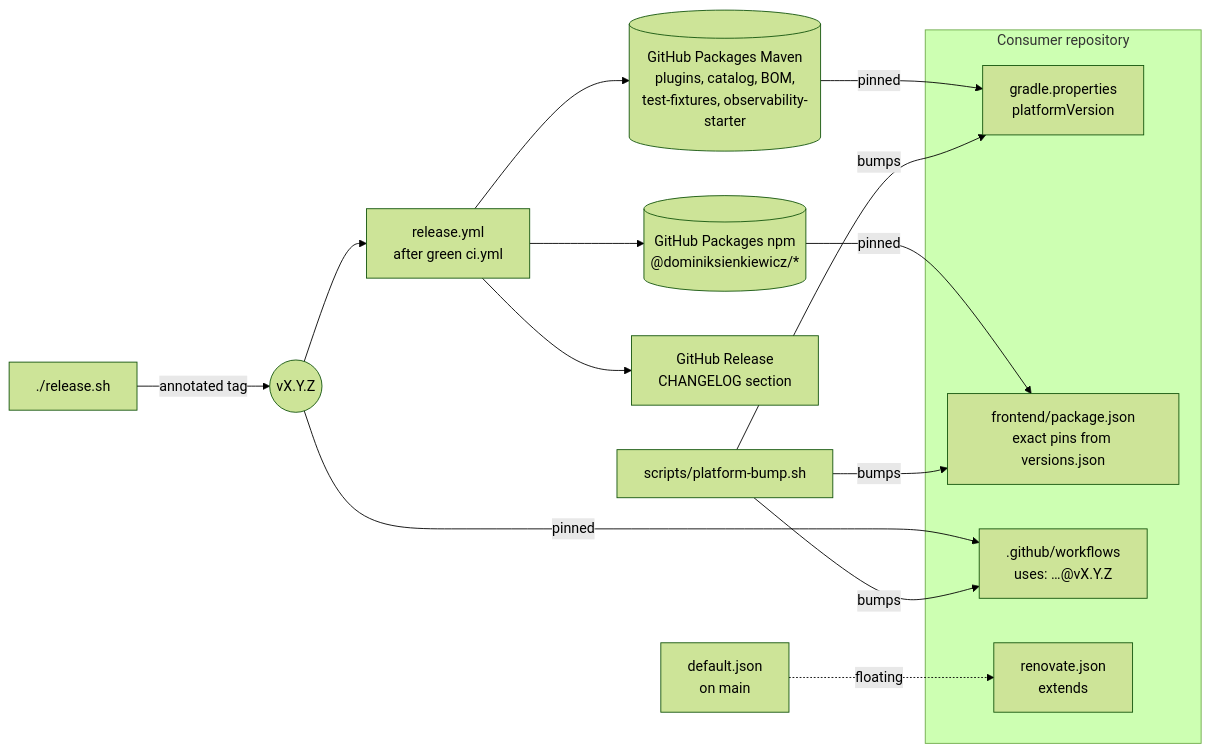
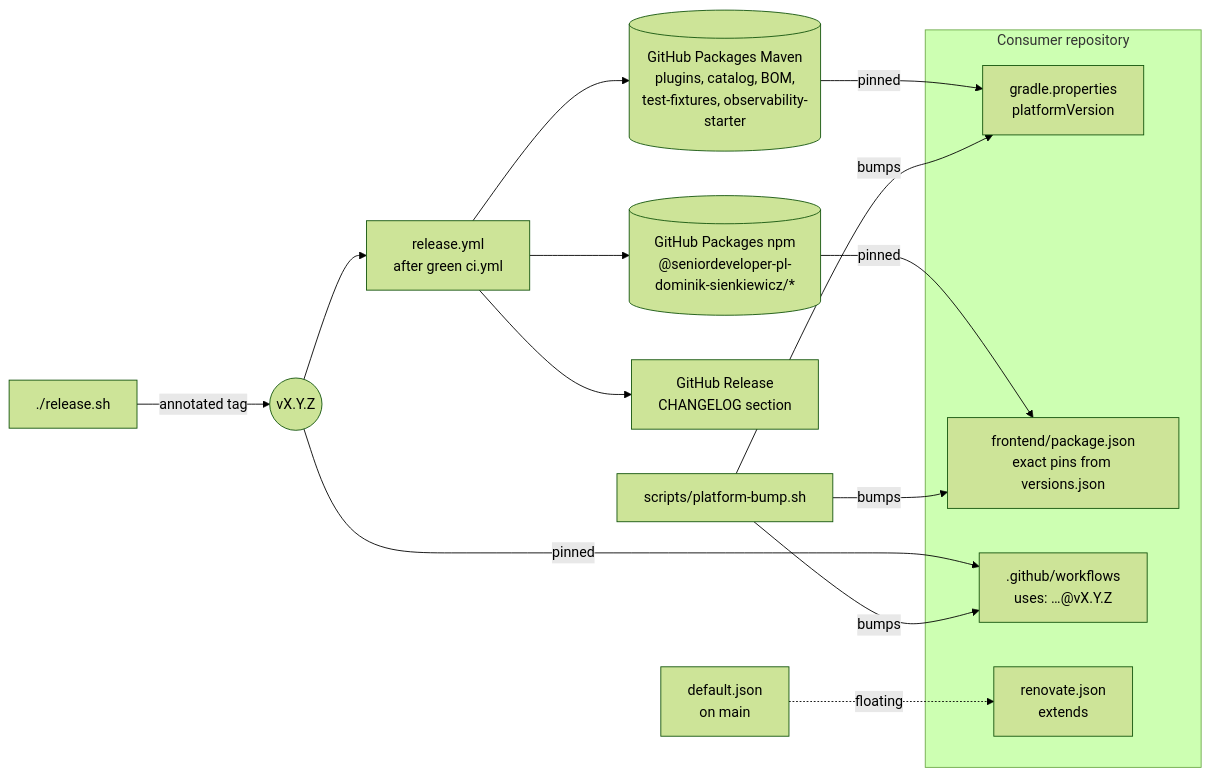
The second of 5 diagrams in README.md (DominikSienkiewicz/Platform), drawn with Mermaid (forest theme) before and after one commit. The commit also changed other lines of this file and 23 other files, not shown here.

````diff
--- a/README.md
+++ b/README.md
@@ -165,25 +170,25 @@
 ```mermaid
 flowchart LR
   release["./release.sh"] -->|annotated tag| tag(("vX.Y.Z"))
   tag --> workflow["release.yml<br/>after green ci.yml"]
   workflow --> maven[("GitHub Packages Maven<br/>plugins, catalog, BOM,<br/>test-fixtures, observability-starter")]
-  workflow --> npm[("GitHub Packages npm<br/>@dominiksienkiewicz/*")]
+  workflow --> npm[("GitHub Packages npm<br/>@seniordeveloper-pl-dominik-sienkiewicz/*")]
   workflow --> notes["GitHub Release<br/>CHANGELOG section"]
 
   preset["default.json<br/>on main"]
 
   subgraph consumer["Consumer repository"]
     gradlePins["gradle.properties<br/>platformVersion"]
     npmPins["frontend/package.json<br/>exact pins from versions.json"]
     callers[".github/workflows<br/>uses: …@vX.Y.Z"]
     renovate["renovate.json<br/>extends"]
   end
 
   maven -->|pinned| gradlePins
   npm -->|pinned| npmPins
   tag -->|pinned| callers
   preset -.->|floating| renovate
   bump["scripts/platform-bump.sh"] -->|bumps| gradlePins
   bump -->|bumps| npmPins
   bump -->|bumps| callers
 ```
````
